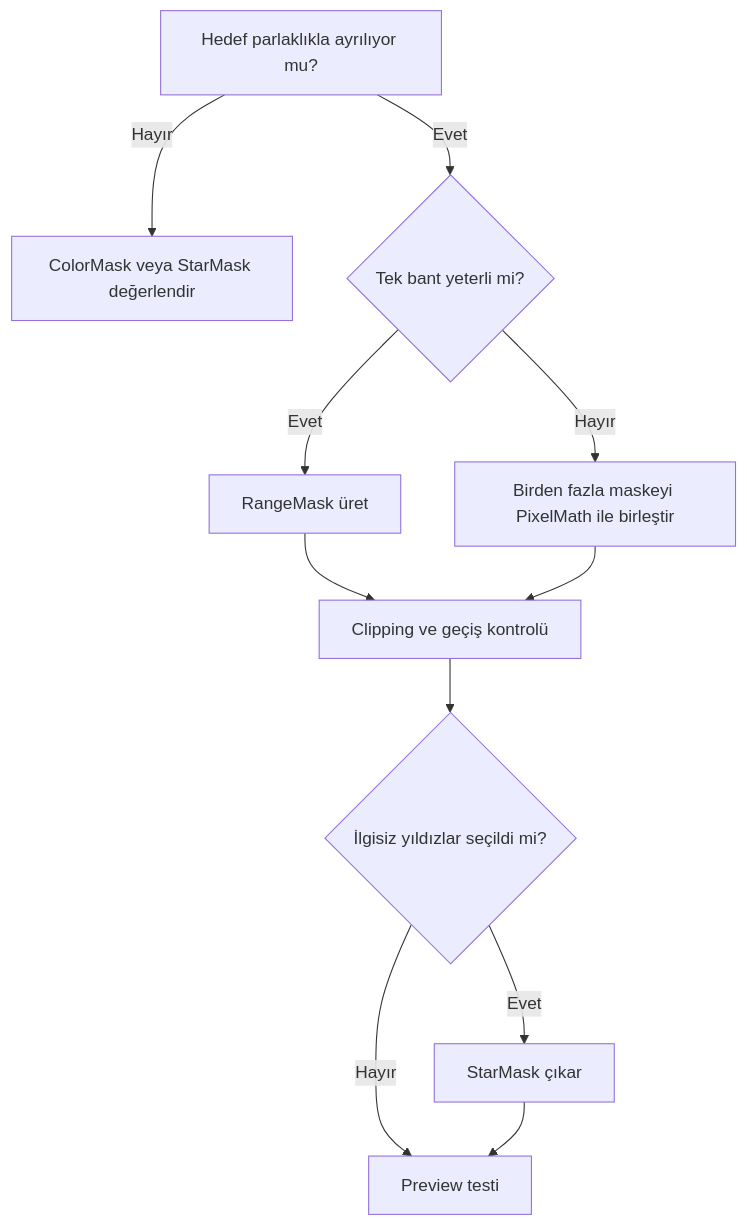
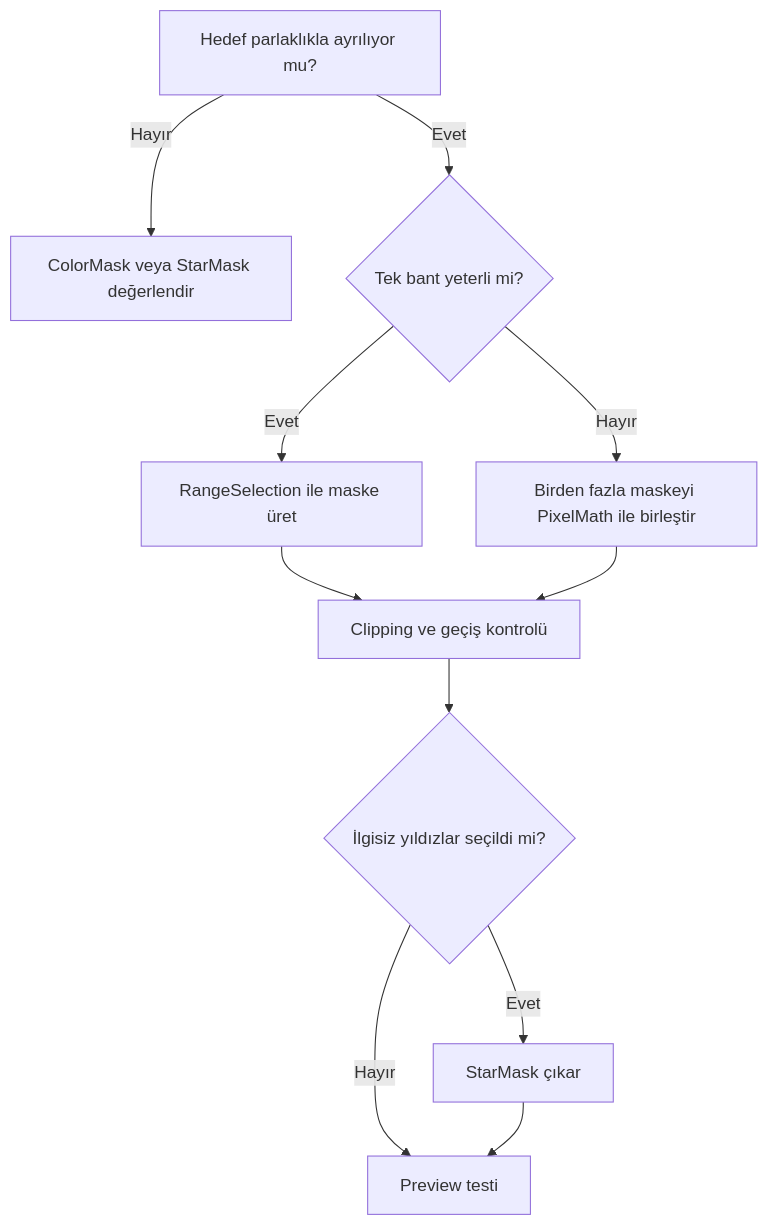
The diagram in docs/11-maskeler/range-mask.md (esenbaytekin/PixInsight-Master-Guide), drawn with Mermaid before and after one commit. The commit also changed other lines of this file and 39 other files, not shown here.

````diff
--- a/docs/11-maskeler/range-mask.md
+++ b/docs/11-maskeler/range-mask.md
@@ -81,13 +81,13 @@
 ```mermaid
 flowchart TD
     A["Hedef parlaklıkla ayrılıyor mu?"] -->|"Hayır"| B["ColorMask veya StarMask değerlendir"]
     A -->|"Evet"| C{"Tek bant yeterli mi?"}
-    C -->|"Evet"| D["RangeMask üret"]
+    C -->|"Evet"| D["RangeSelection ile maske üret"]
     C -->|"Hayır"| E["Birden fazla maskeyi PixelMath ile birleştir"]
     D --> F["Clipping ve geçiş kontrolü"]
     E --> F
     F --> G{"İlgisiz yıldızlar seçildi mi?"}
     G -->|"Evet"| H["StarMask çıkar"]
     G -->|"Hayır"| I["Preview testi"]
     H --> I
 ```
````
